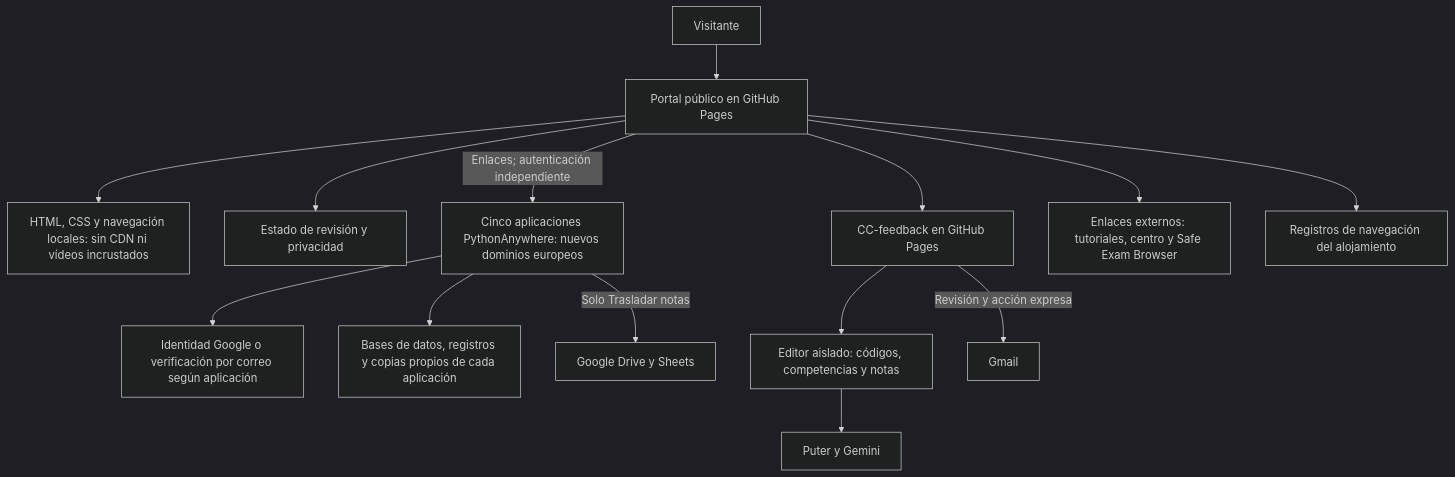
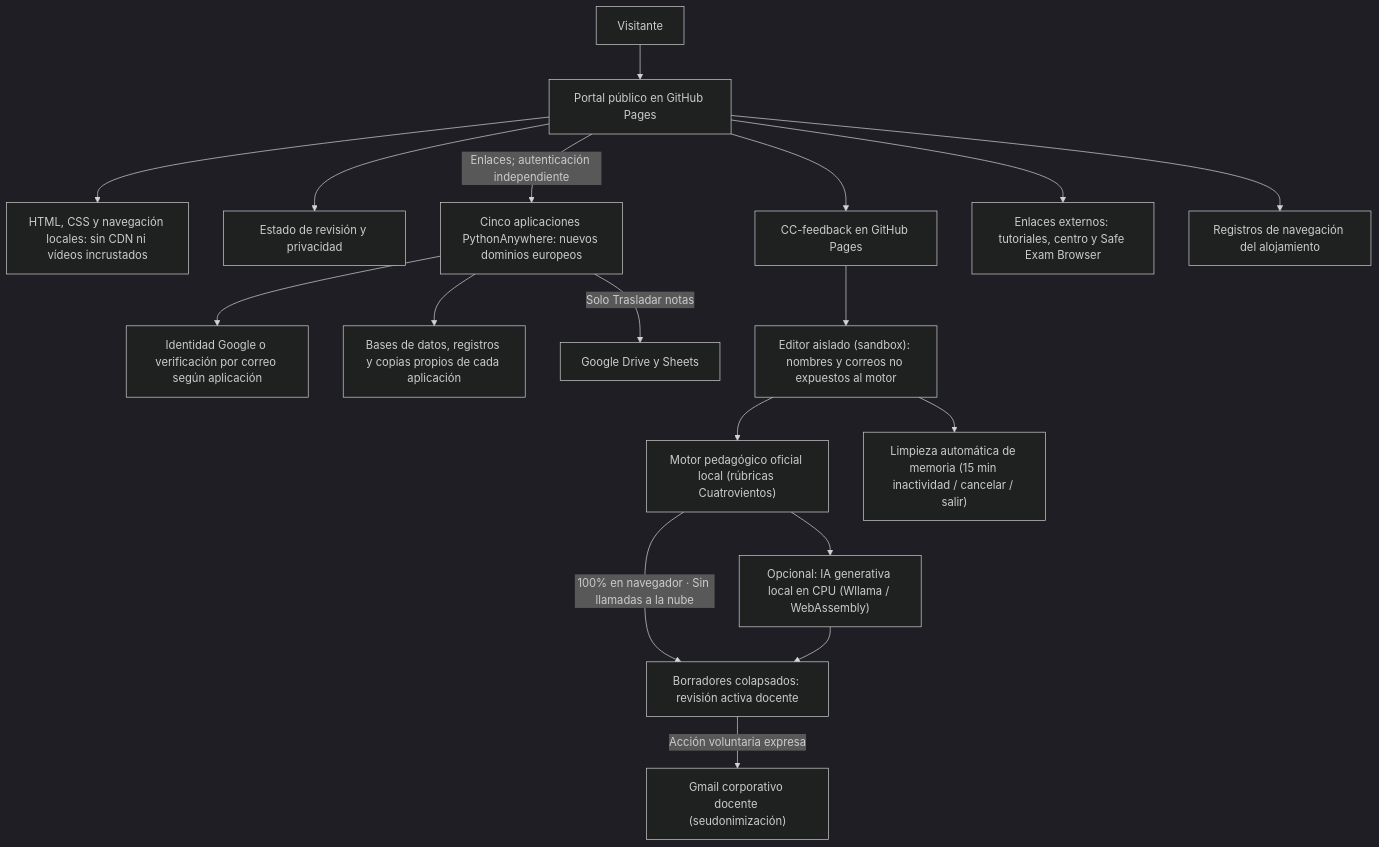
One commit to anderfrago/herramientas-educativas-cuatrovientos changed the diagram in README.md. Above: the diagram before and after it, drawn with Mermaid (dark theme). The commit also changed other lines of this file and 2 other files, not shown here.

````diff
--- a/README.md
+++ b/README.md
@@ -17,16 +17,20 @@
 ```mermaid
 flowchart TD
     U["Visitante"] --> P["Portal público en GitHub Pages"]
     P --> L["HTML, CSS y navegación locales: sin CDN ni vídeos incrustados"]
     P --> I["Estado de revisión y privacidad"]
     P -->|"Enlaces; autenticación independiente"| A["Cinco aplicaciones PythonAnywhere: nuevos dominios europeos"]
     A --> G["Identidad Google o verificación por correo según aplicación"]
     A --> B["Bases de datos, registros y copias propios de cada aplicación"]
     A -->|"Solo Trasladar notas"| D["Google Drive y Sheets"]
     P --> C["CC-feedback en GitHub Pages"]
-    C --> E["Editor aislado: códigos, competencias y notas"]
-    E --> AI["Puter y Gemini"]
-    C -->|"Revisión y acción expresa"| M["Gmail"]
+    C --> E["Editor aislado (sandbox): nombres y correos no expuestos al motor"]
+    E --> MO["Motor pedagógico oficial local (rúbricas Cuatrovientos)"]
+    MO --> OP["Opcional: IA generativa local en CPU (Wllama / WebAssembly)"]
+    MO -->|"100% en navegador · Sin llamadas a la nube"| R["Borradores colapsados: revisión activa docente"]
+    OP --> R
+    R -->|"Acción voluntaria expresa"| M["Gmail corporativo docente (seudonimización)"]
+    E --> X["Limpieza automática de memoria (15 min inactividad / cancelar / salir)"]
     P --> T["Enlaces externos: tutoriales, centro y Safe Exam Browser"]
-    P --> R["Registros de navegación del alojamiento"]
+    P --> N["Registros de navegación del alojamiento"]
 ```
````
